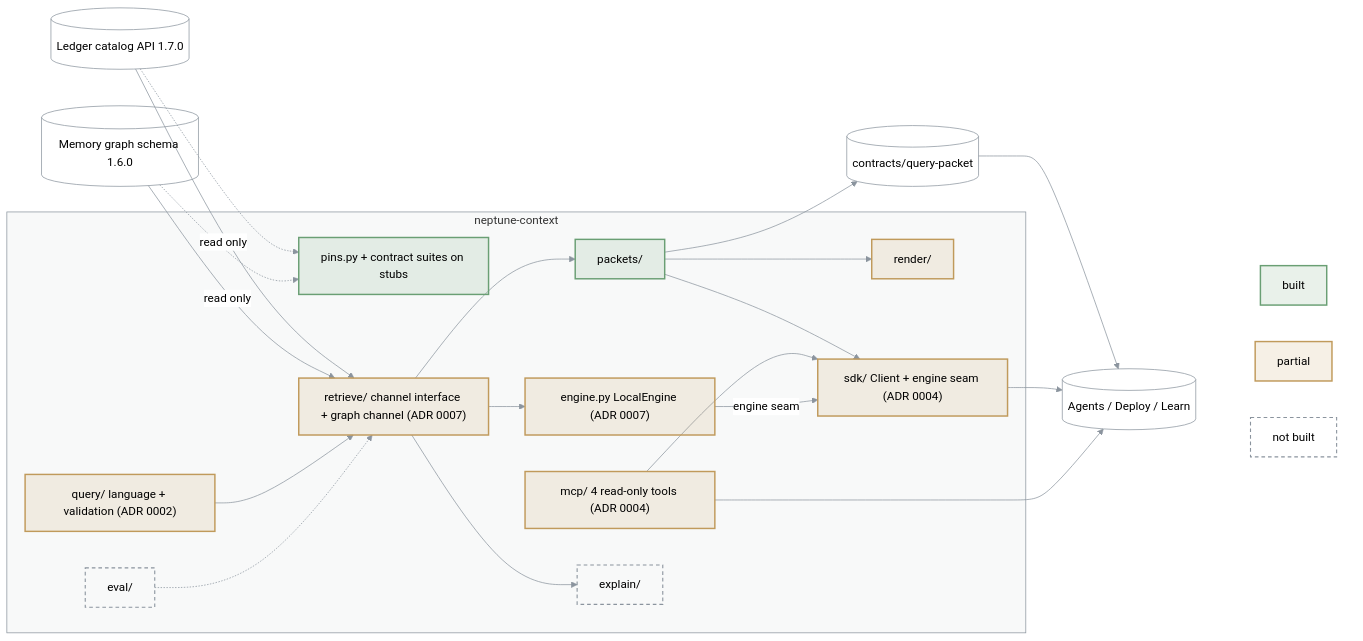
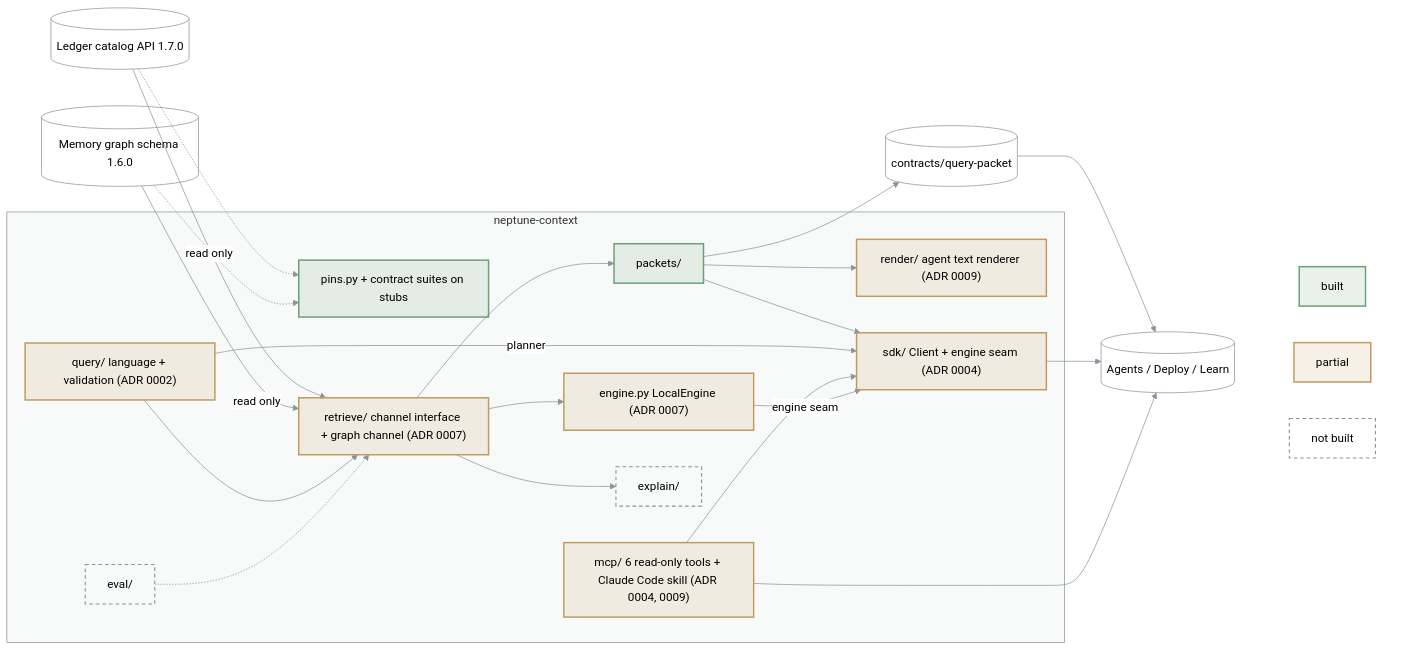
Before and after one commit to bennytay/neptune: the diagram in packages/neptune-context/ARCHITECTURE.md, drawn with Mermaid (neutral theme). The commit also changed 8 other files, not shown here.

First line of the commit message:
docs(context): ADR 0009 agent renderer and tool surface, skill and sample .mcp.json

````diff
--- a/packages/neptune-context/ARCHITECTURE.md
+++ b/packages/neptune-context/ARCHITECTURE.md
@@ -3,49 +3,50 @@
 ```mermaid
 flowchart LR
   LED[("Ledger catalog API 1.7.0")]
   MEM[("Memory graph schema 1.6.0")]
   subgraph P["neptune-context"]
     PIN["pins.py + contract suites on stubs"]
     QRY["query/ language + validation (ADR 0002)"]
     RET["retrieve/ channel interface + graph channel (ADR 0007)"]
     ENG["engine.py LocalEngine (ADR 0007)"]
     PKT["packets/"]
-    RND["render/"]
+    RND["render/ agent text renderer (ADR 0009)"]
     SDK["sdk/ Client + engine seam (ADR 0004)"]
-    MCP["mcp/ 4 read-only tools (ADR 0004)"]
+    MCP["mcp/ 6 read-only tools + Claude Code skill (ADR 0004, 0009)"]
     EXP["explain/"]
     EVA["eval/"]
   end
   OUT[("Agents / Deploy / Learn")]
   CON[("contracts/query-packet")]
   LED -->|read only| RET
   MEM -->|read only| RET
   LED & MEM -.-> PIN
   QRY --> RET --> PKT --> RND
   RET --> EXP
   PKT --> SDK
+  QRY -->|planner| SDK
   MCP --> SDK
   RET --> ENG -->|engine seam| SDK
   EVA -.-> RET
   PKT --> CON --> OUT
   SDK & MCP --> OUT
 
   subgraph KEY[" "]
     K1["built"]
     K2["partial"]
     K3["not built"]
   end
   OUT ~~~ K1 & K2 & K3
 
   classDef built fill:#6a9f7426,stroke:#6a9f74,stroke-width:2px
   classDef partial fill:#c09a5b26,stroke:#c09a5b,stroke-width:2px
   classDef todo fill:none,stroke:#8b949e,stroke-width:1.5px,stroke-dasharray:5 4
   classDef ext fill:none,stroke:#8b949e,stroke-width:1px
   class K1,PIN,PKT built
   class K2,QRY,RND,SDK,MCP,RET,ENG partial
   class EXP,EVA,K3 todo
   class LED,MEM,OUT,CON ext
   style P fill:#8b949e0f,stroke:#8b949e
   style KEY fill:none,stroke:none
   linkStyle default stroke:#8b949e
 ```
````
